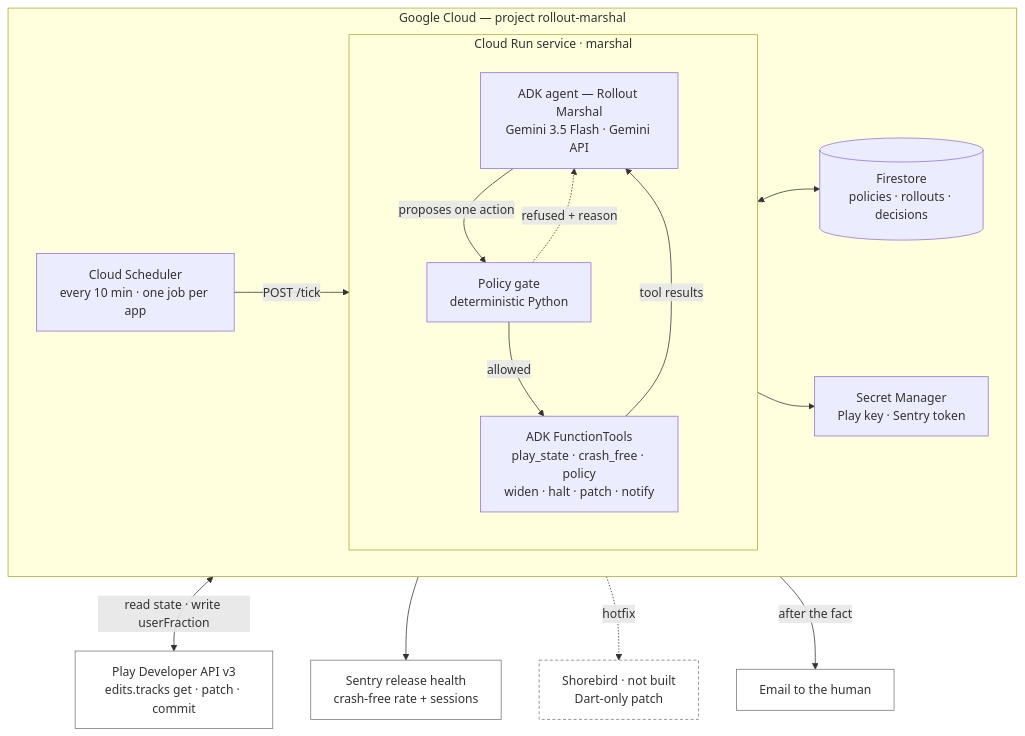
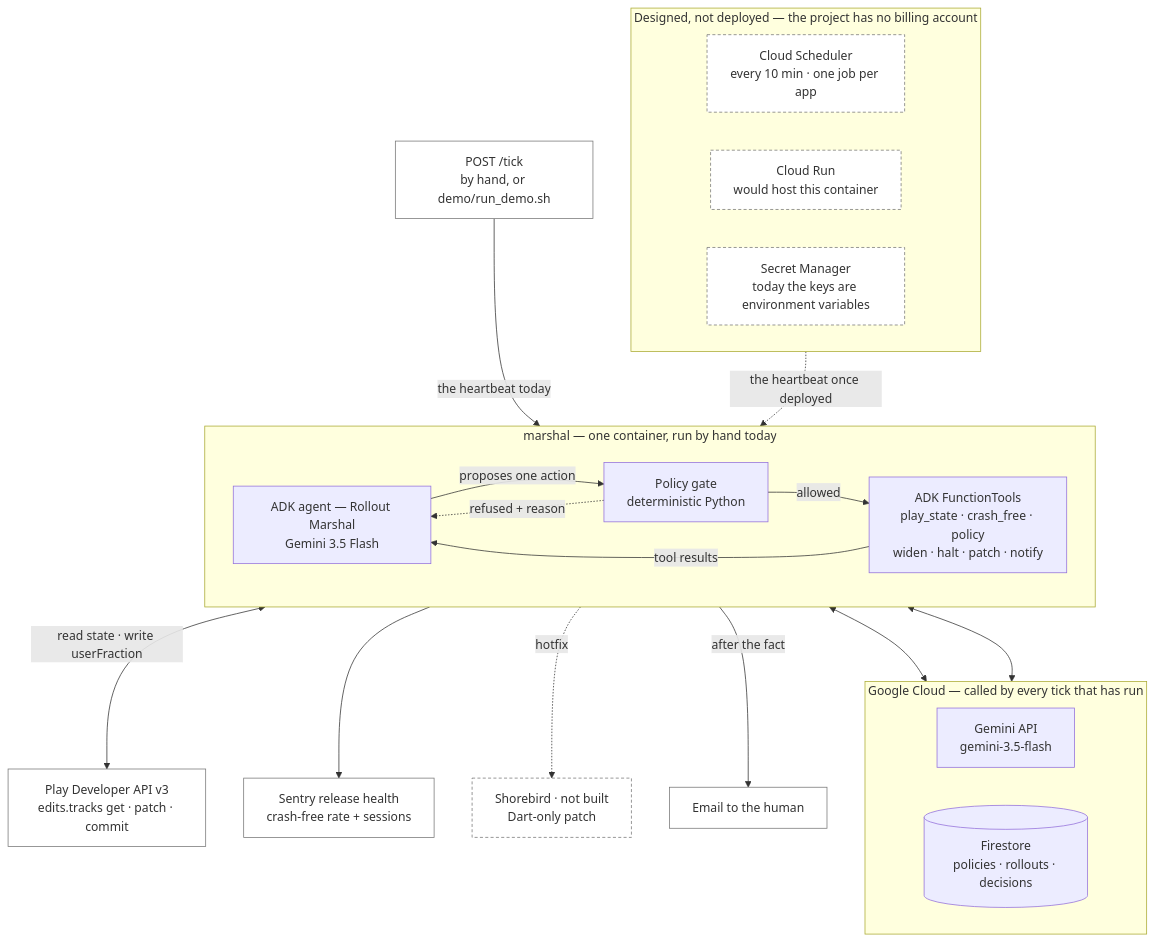
The first of 2 diagrams in README.md (jtmuller5/rollout-marshal), drawn with Mermaid before and after one commit. The commit also changed other lines of this file and 5 other files, not shown here.

````diff
--- a/README.md
+++ b/README.md
@@ -161,37 +164,46 @@
 ```mermaid
 flowchart TB
-  subgraph GCP["Google Cloud — project rollout-marshal"]
+  subgraph SVC["marshal — one container, run by hand today"]
+    direction LR
+    ADK["ADK agent — Rollout Marshal<br/>Gemini 3.5 Flash"]
+    GATE["Policy gate<br/>deterministic Python"]
+    TOOLS["ADK FunctionTools<br/>play_state · crash_free · policy<br/>widen · halt · patch · notify"]
+    ADK -->|"proposes one action"| GATE
+    GATE -.->|"refused + reason"| ADK
+    GATE -->|"allowed"| TOOLS
+    TOOLS -->|"tool results"| ADK
+  end
+
+  subgraph GCP["Google Cloud — called by every tick that has run"]
+    direction LR
+    GEM["Gemini API<br/>gemini-3.5-flash"]
+    FS[("Firestore<br/>policies · rollouts · decisions")]
+  end
+
+  subgraph TODO["Designed, not deployed — the project has no billing account"]
     direction LR
     SCH["Cloud Scheduler<br/>every 10 min · one job per app"]
-    subgraph RUN["Cloud Run service · marshal"]
-      direction TB
-      ADK["ADK agent — Rollout Marshal<br/>Gemini 3.5 Flash · Gemini API"]
-      GATE["Policy gate<br/>deterministic Python"]
-      TOOLS["ADK FunctionTools<br/>play_state · crash_free · policy<br/>widen · halt · patch · notify"]
-      ADK -->|"proposes one action"| GATE
-      GATE -.->|"refused + reason"| ADK
-      GATE -->|"allowed"| TOOLS
-      TOOLS -->|"tool results"| ADK
-    end
-    FS[("Firestore<br/>policies · rollouts · decisions")]
-    SM["Secret Manager<br/>Play key · Sentry token"]
-    SCH -->|"POST /tick"| ADK
-    TOOLS <--> FS
-    RUN --> SM
+    CRUN["Cloud Run<br/>would host this container"]
+    SM["Secret Manager<br/>today the keys are environment variables"]
   end
 
+  TICK["POST /tick<br/>by hand, or demo/run_demo.sh"]
   PLAY["Play Developer API v3<br/>edits.tracks get · patch · commit"]
   SENTRY["Sentry release health<br/>crash-free rate + sessions"]
   SB["Shorebird · not built<br/>Dart-only patch"]
   MAIL["Email to the human"]
 
+  TICK -->|"the heartbeat today"| ADK
+  SCH -.->|"the heartbeat once deployed"| ADK
+  ADK <--> GEM
+  TOOLS <--> FS
   TOOLS <-->|"read state · write userFraction"| PLAY
   TOOLS --> SENTRY
   TOOLS -.->|"hotfix"| SB
   TOOLS -->|"after the fact"| MAIL
 
   classDef ext fill:#ffffff,stroke:#777;
   classDef todo fill:#ffffff,stroke:#777,stroke-dasharray:4 3;
-  class PLAY,SENTRY,MAIL ext;
-  class SB todo;
+  class PLAY,SENTRY,MAIL,TICK ext;
+  class SB,SCH,CRUN,SM todo;
 ```
````
